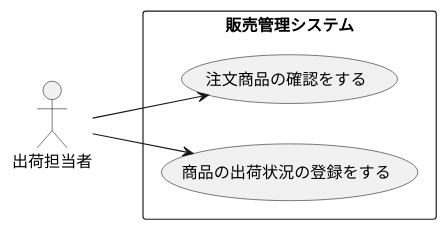
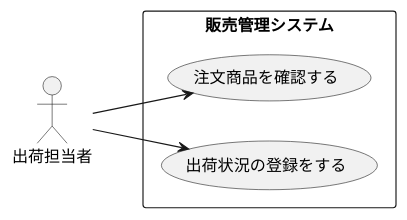
The diagram in 演習2-5_盛岡商事_販売管理システム.pu (yoshidasen/uml-introduction), drawn with PlantUML before and after one commit.

Commit message:
演習2-5　修正

```diff
--- a/演習2-5_盛岡商事_販売管理システム.pu
+++ b/演習2-5_盛岡商事_販売管理システム.pu
@@ -1,13 +1,13 @@
 @startuml 販売管理システム
     left to right direction
     actor 出荷担当者 as A1
 
     rectangle 販売管理システム {
-        usecase 注文商品の確認をする as U1
-        usecase 商品の出荷状況の登録をする as U2
+        usecase 注文商品を確認する as U1
+        usecase 出荷状況の登録をする as U2
     }
 
     A1 --> U1
     A1 --> U2
 
 @enduml
```
